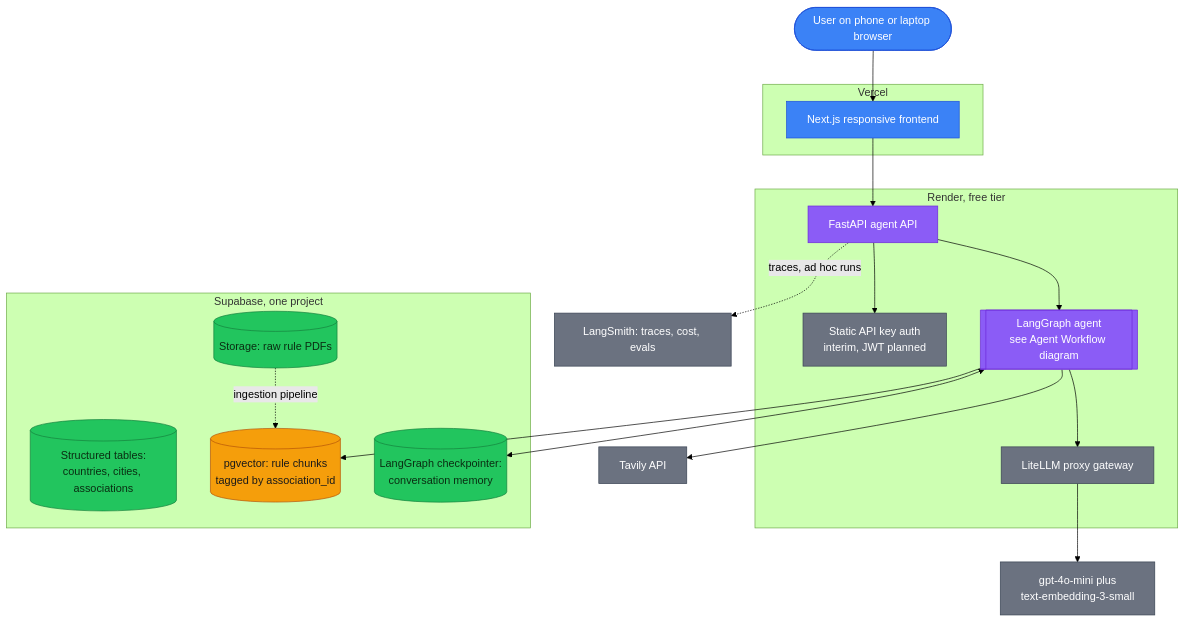
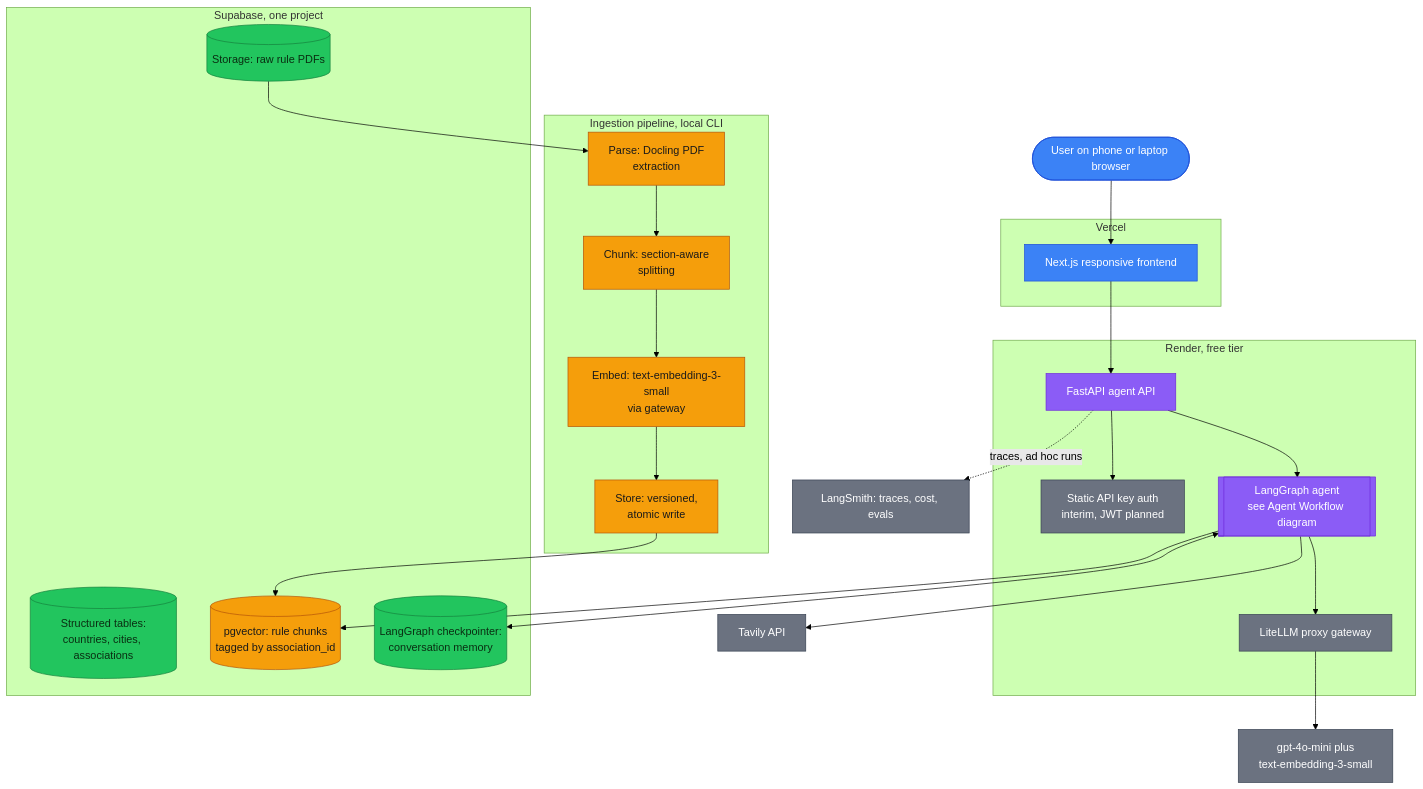
The second of 3 diagrams in docs/submission.md (ImranQasim/lexisport-cricket-rule-agent), drawn with Mermaid (forest theme) before and after one commit. The commit also changed other lines of this file, not shown here.

Commit message:
docs: make ingestion pipeline visible in Infrastructure diagram

````diff
--- a/docs/submission.md
+++ b/docs/submission.md
@@ -56,54 +56,65 @@
 ```mermaid
 flowchart TD
     User([User on phone or laptop browser])
 
     subgraph Vercel["Vercel"]
         FE[Next.js responsive frontend]
     end
 
     subgraph Render["Render, free tier"]
         API[FastAPI agent API]
         AuthKey[Static API key auth
 interim, JWT planned]
         Gateway[LiteLLM proxy gateway]
         Agent[[LangGraph agent
 see Agent Workflow diagram]]
     end
 
     subgraph Supabase["Supabase, one project"]
         SQL[(Structured tables:
 countries, cities, associations)]
         Vec[(pgvector: rule chunks
 tagged by association_id)]
         Bucket[(Storage: raw rule PDFs)]
         Mem[(LangGraph checkpointer:
 conversation memory)]
     end
 
+    subgraph Ingestion["Ingestion pipeline, local CLI"]
+        Parse[Parse: Docling PDF
+extraction]
+        Chunk[Chunk: section-aware
+splitting]
+        Embed[Embed: text-embedding-3-small
+via gateway]
+        Store[Store: versioned,
+atomic write]
+    end
+
     OpenAI[gpt-4o-mini plus
 text-embedding-3-small]
     Tavily[Tavily API]
     LS[LangSmith: traces, cost, evals]
 
     User --> FE --> API
     API --> AuthKey
     API --> Agent
     Agent --> Vec
     Agent --> Tavily
     Agent <--> Mem
     Agent --> Gateway --> OpenAI
-    Bucket -. ingestion pipeline .-> Vec
+    Bucket --> Parse --> Chunk --> Embed --> Store --> Vec
     API -. traces, ad hoc runs .-> LS
 
     classDef userFacing fill:#3b82f6,color:#ffffff,stroke:#1d4ed8,stroke-width:1px
     classDef agentGraph fill:#8b5cf6,color:#ffffff,stroke:#6d28d9,stroke-width:1px
     classDef retrievalData fill:#f59e0b,color:#1a1a1a,stroke:#b45309,stroke-width:1px
     classDef storageSuccess fill:#22c55e,color:#0a2e12,stroke:#15803d,stroke-width:1px
     classDef externalSvc fill:#6b7280,color:#ffffff,stroke:#374151,stroke-width:1px
 
     class User,FE userFacing
     class API,Agent agentGraph
-    class Vec retrievalData
+    class Vec,Parse,Chunk,Embed,Store retrievalData
     class SQL,Bucket,Mem storageSuccess
     class AuthKey,Gateway,OpenAI,Tavily,LS externalSvc
 ```
````
